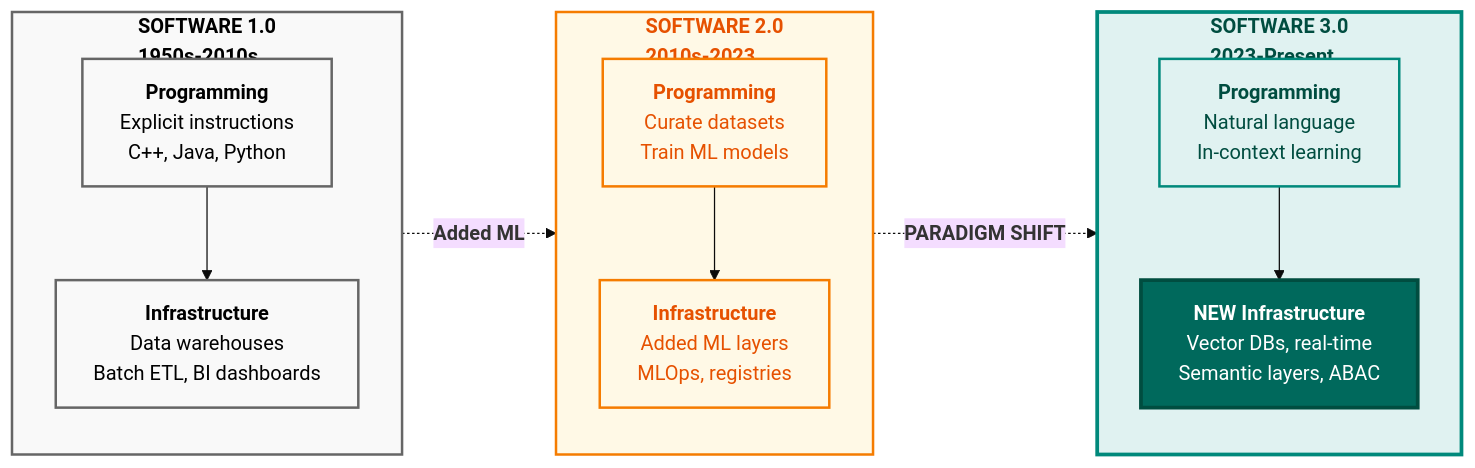
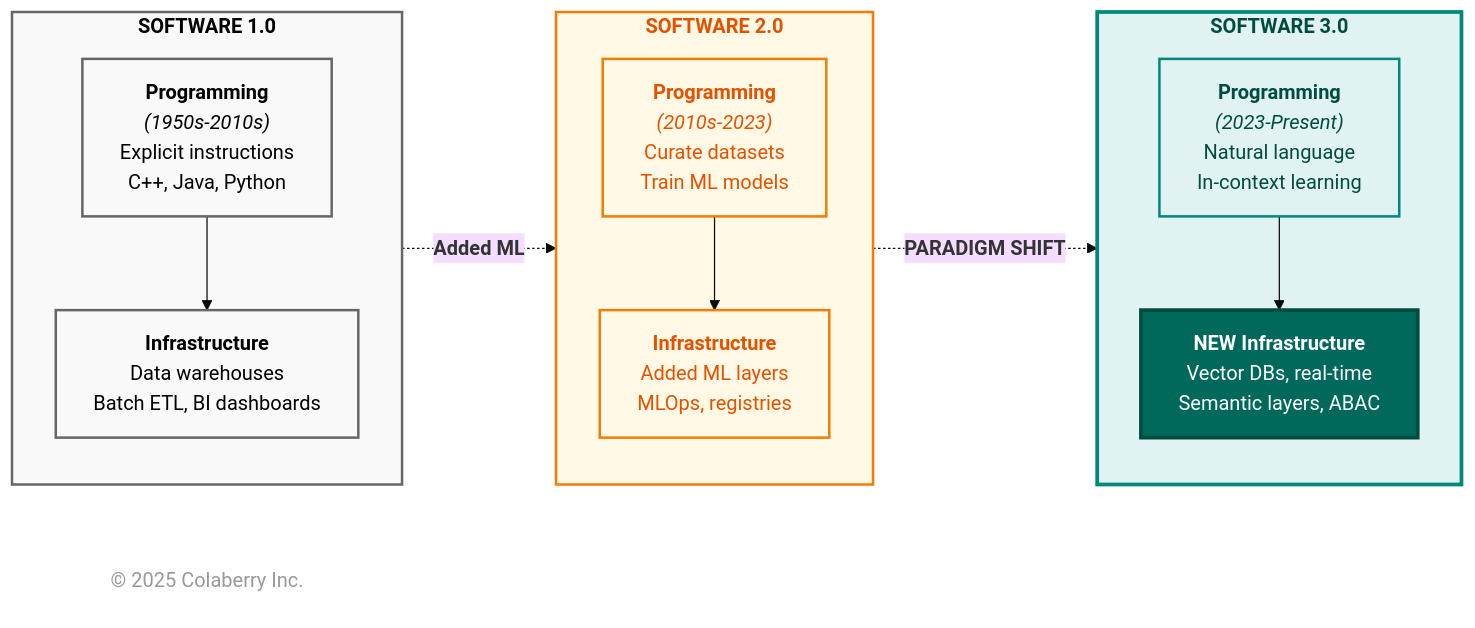
One commit to colaberry/enterprise-data-readiness-ai-agents changed the first of 16 diagrams in chapter-01/chapter_1_complete.md. Above: the diagram before and after it, drawn with Mermaid (base theme). The commit also changed other lines of this file, not shown here.

````diff
--- a/chapter-01/chapter_1_complete.md
+++ b/chapter-01/chapter_1_complete.md
@@ -142,36 +142,41 @@
 ```mermaid
 graph LR
-    subgraph sw1["<b>SOFTWARE 1.0</b><br/><b>1950s-2010s</b>"]
+    subgraph sw1["<b>SOFTWARE 1.0</b>"]
         direction TB
-        prog1["<b>Programming</b><br/>Explicit instructions<br/>C++, Java, Python"]
+        prog1["<b>Programming</b><br/><i>(1950s-2010s)</i><br/>Explicit instructions<br/>C++, Java, Python"]
         infra1["<b>Infrastructure</b><br/>Data warehouses<br/>Batch ETL, BI dashboards"]
         prog1 --> infra1
     end
 
-    subgraph sw2["<b>SOFTWARE 2.0</b><br/><b>2010s-2023</b>"]
+    subgraph sw2["<b>SOFTWARE 2.0</b>"]
         direction TB
-        prog2["<b>Programming</b><br/>Curate datasets<br/>Train ML models"]
+        prog2["<b>Programming</b><br/><i>(2010s-2023)</i><br/>Curate datasets<br/>Train ML models"]
         infra2["<b>Infrastructure</b><br/>Added ML layers<br/>MLOps, registries"]
         prog2 --> infra2
     end
 
-    subgraph sw3["<b>SOFTWARE 3.0</b><br/><b>2023-Present</b>"]
+    subgraph sw3["<b>SOFTWARE 3.0</b>"]
         direction TB
-        prog3["<b>Programming</b><br/>Natural language<br/>In-context learning"]
+        prog3["<b>Programming</b><br/><i>(2023-Present)</i><br/>Natural language<br/>In-context learning"]
         infra3["<b>NEW Infrastructure</b><br/>Vector DBs, real-time<br/>Semantic layers, ABAC"]
         prog3 --> infra3
     end
 
     sw1 -.->|"<b>Added ML</b>"| sw2
     sw2 -.->|"<b>PARADIGM SHIFT</b>"| sw3
 
     style sw1 fill:#f9f9f9,stroke:#666666,stroke-width:2px,color:#000000
     style sw2 fill:#fff9e6,stroke:#f57c00,stroke-width:2px,color:#e65100
     style sw3 fill:#e0f2f1,stroke:#00897b,stroke-width:3px,color:#004d40
     style prog1 fill:#f9f9f9,stroke:#666666,stroke-width:2px,color:#000000
     style infra1 fill:#f9f9f9,stroke:#666666,stroke-width:2px,color:#000000
     style prog2 fill:#fff9e6,stroke:#f57c00,stroke-width:2px,color:#e65100
     style infra2 fill:#fff9e6,stroke:#f57c00,stroke-width:2px,color:#e65100
     style prog3 fill:#e0f2f1,stroke:#00897b,stroke-width:2px,color:#004d40
+
+    %% Copyright Notice
+    CR["© 2025 Colaberry Inc."]
+
     style infra3 fill:#00695c,color:#ffffff,stroke:#004d40,stroke-width:3px
+    style CR fill:none,stroke:none,color:#999999
 ```
````
